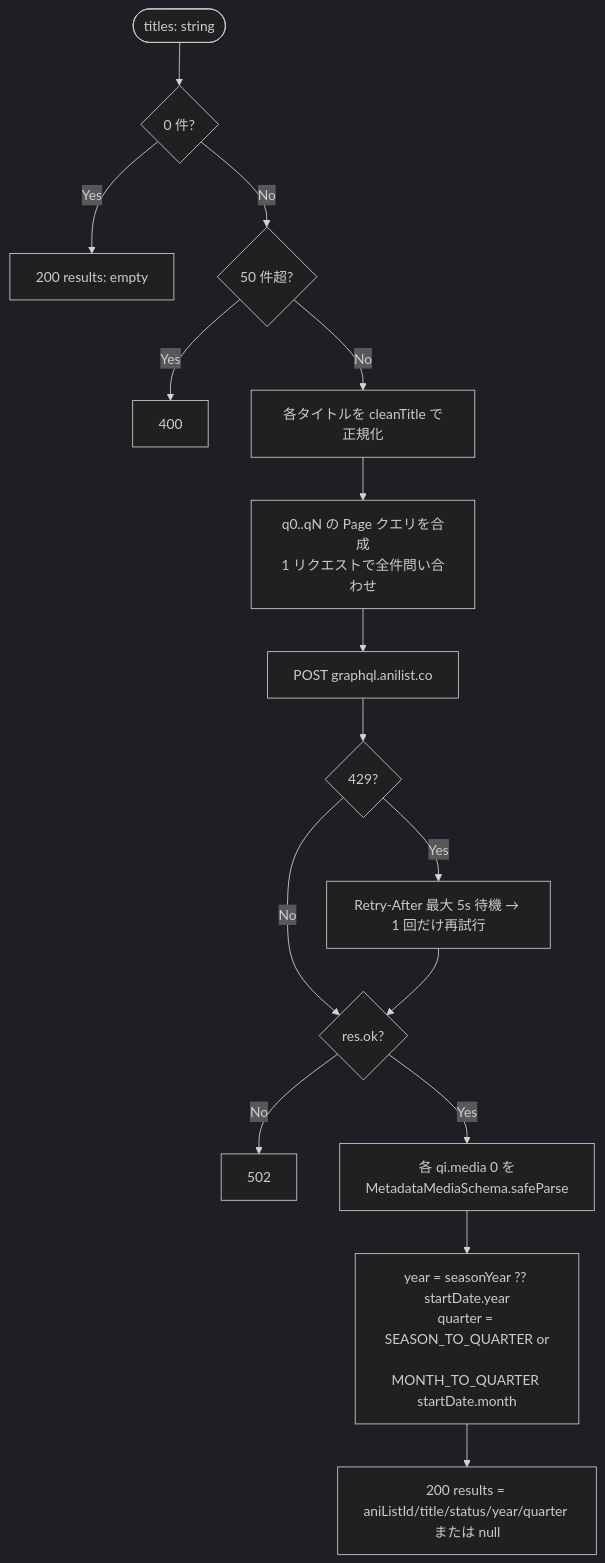
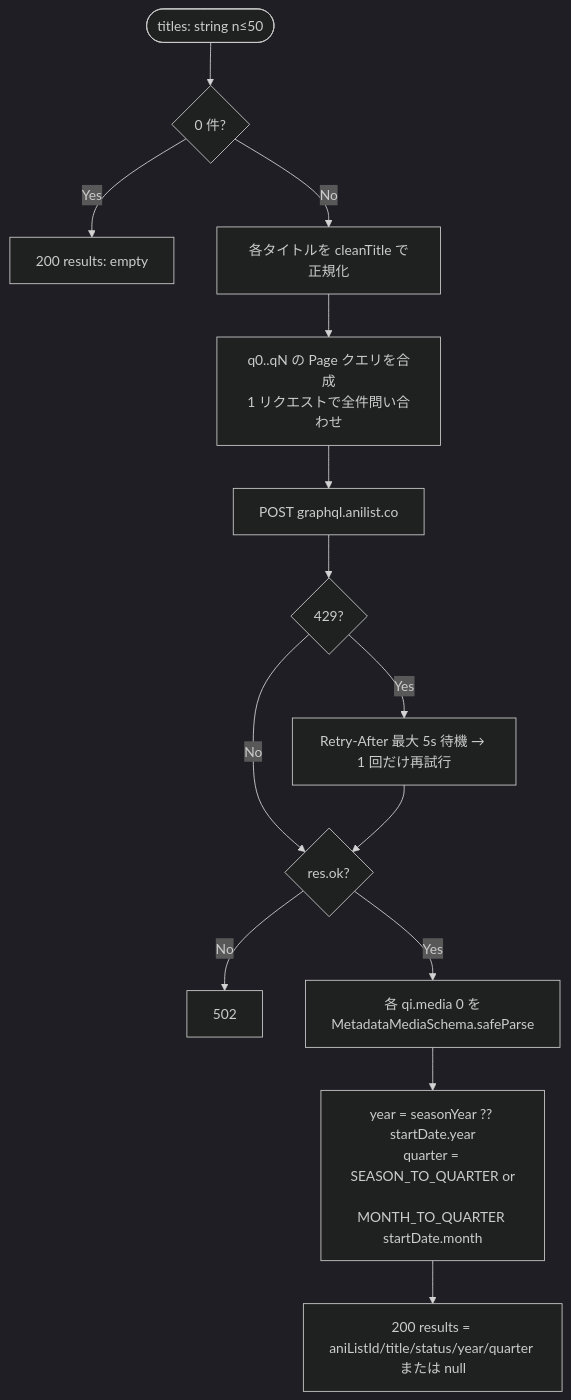
One commit to tkgstrator/anime-tracker changed the fifth of 5 diagrams in docs/features/lambda-processing-flow.md. Above: the diagram before and after it, drawn with Mermaid (dark theme). The commit also changed other lines of this file and 2 other files, not shown here.

````diff
--- a/docs/features/lambda-processing-flow.md
+++ b/docs/features/lambda-processing-flow.md
@@ -223,20 +235,18 @@
 ```mermaid
 flowchart TD
-  S([titles: string]) --> L{0 件?}
+  S([titles: string n≤50]) --> L{0 件?}
   L -- Yes --> Empty[200 results: empty]
-  L -- No --> N{50 件超?}
-  N -- Yes --> Over[400]
-  N -- No --> Clean[各タイトルを cleanTitle で正規化]
+  L -- No --> Clean[各タイトルを cleanTitle で正規化]
   Clean --> Q[q0..qN の Page クエリを合成<br/>1 リクエストで全件問い合わせ]
   Q --> Req[POST graphql.anilist.co]
 
   Req --> R{429?}
   R -- Yes --> Wait[Retry-After 最大 5s 待機 → 1 回だけ再試行]
   R -- No --> Ok{res.ok?}
   Wait --> Ok
   Ok -- No --> Bad[502]
   Ok -- Yes --> Parse[各 qi.media 0 を<br/>MetadataMediaSchema.safeParse]
 
   Parse --> YQ[year = seasonYear ?? startDate.year<br/>quarter = SEASON_TO_QUARTER or<br/>          MONTH_TO_QUARTER startDate.month]
   YQ --> R200[200 results = aniListId/title/status/year/quarter または null]
 ```
````
